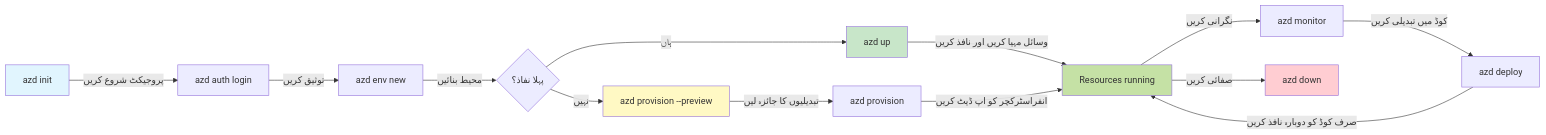
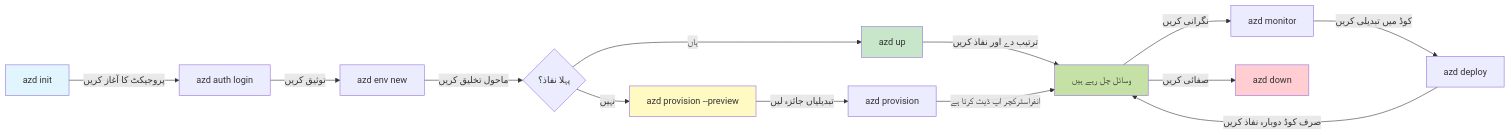
One commit to microsoft/AZD-for-beginners changed the first of 2 diagrams in translations/ur/docs/chapter-01-foundation/azd-basics.md. Above: the diagram before and after it, drawn with Mermaid. The commit also changed other lines of this file and 101 other files, not shown here.

````diff
--- a/translations/ur/docs/chapter-01-foundation/azd-basics.md
+++ b/translations/ur/docs/chapter-01-foundation/azd-basics.md
@@ -269,21 +271,21 @@
 ```mermaid
 graph LR
-    A[azd init] -->|پروجیکٹ شروع کریں| B[azd auth login]
+    A[azd init] -->|پروجیکٹ کا آغاز کریں| B[azd auth login]
     B -->|توثیق کریں| C[azd env new]
-    C -->|محیط بنائیں| D{پہلا نفاذ؟}
+    C -->|ماحول تخلیق کریں| D{پہلا نفاذ؟}
     D -->|ہاں| E[azd up]
     D -->|نہیں| F[azd provision --preview]
-    F -->|تبدیلیوں کا جائزہ لیں| G[azd provision]
-    E -->|وسائل مہیا کریں اور نافذ کریں| H[Resources running]
-    G -->|انفراسٹرکچر کو اپ ڈیٹ کریں| H
+    F -->|تبدیلیاں جائزہ لیں| G[azd provision]
+    E -->|ترتیب دے اور نفاذ کریں| H[وسائل چل رہے ہیں]
+    G -->|انفراسٹرکچر اپ ڈیٹ کرتا ہے| H
     H -->|نگرانی کریں| I[azd monitor]
     I -->|کوڈ میں تبدیلی کریں| J[azd deploy]
-    J -->|صرف کوڈ کو دوبارہ نافذ کریں| H
+    J -->|صرف کوڈ دوبارہ نفاذ کریں| H
     H -->|صفائی کریں| K[azd down]
     
     style A fill:#e1f5fe
     style E fill:#c8e6c9
     style F fill:#fff9c4
     style H fill:#c5e1a5
     style K fill:#ffcdd2
 ```
````
